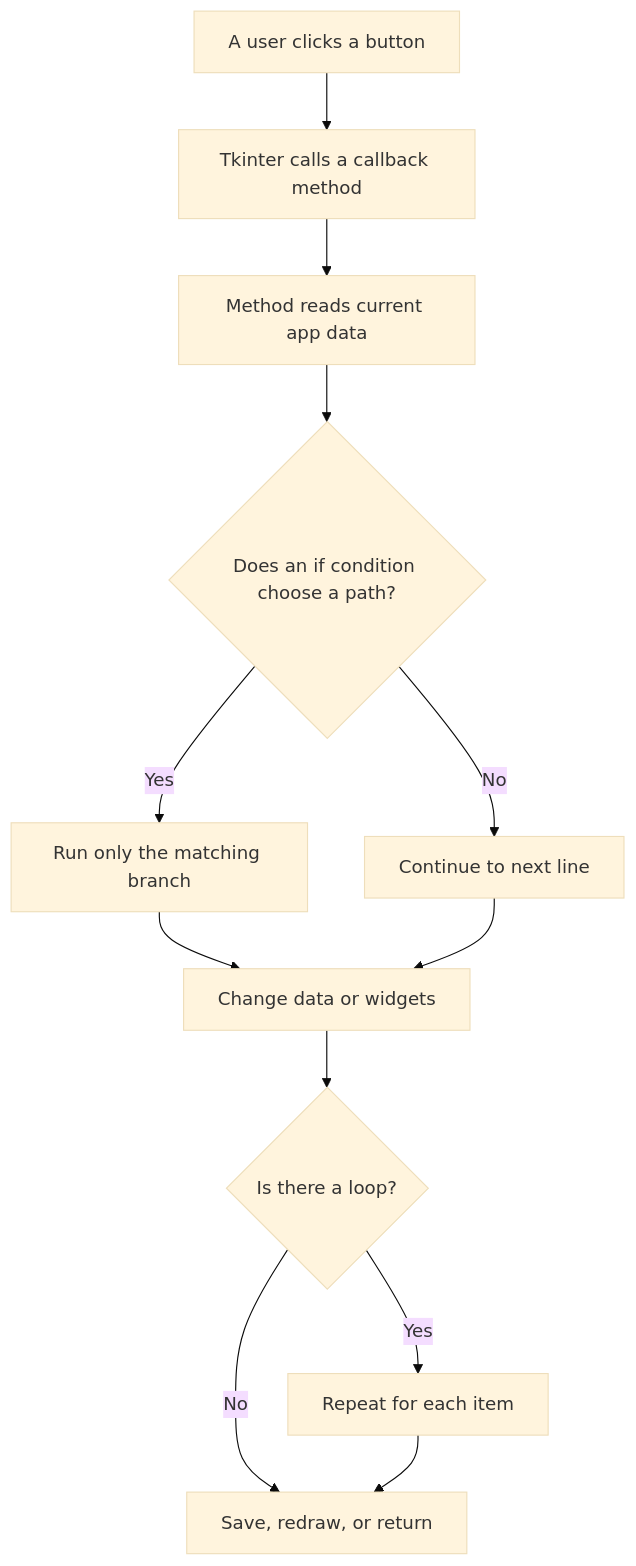
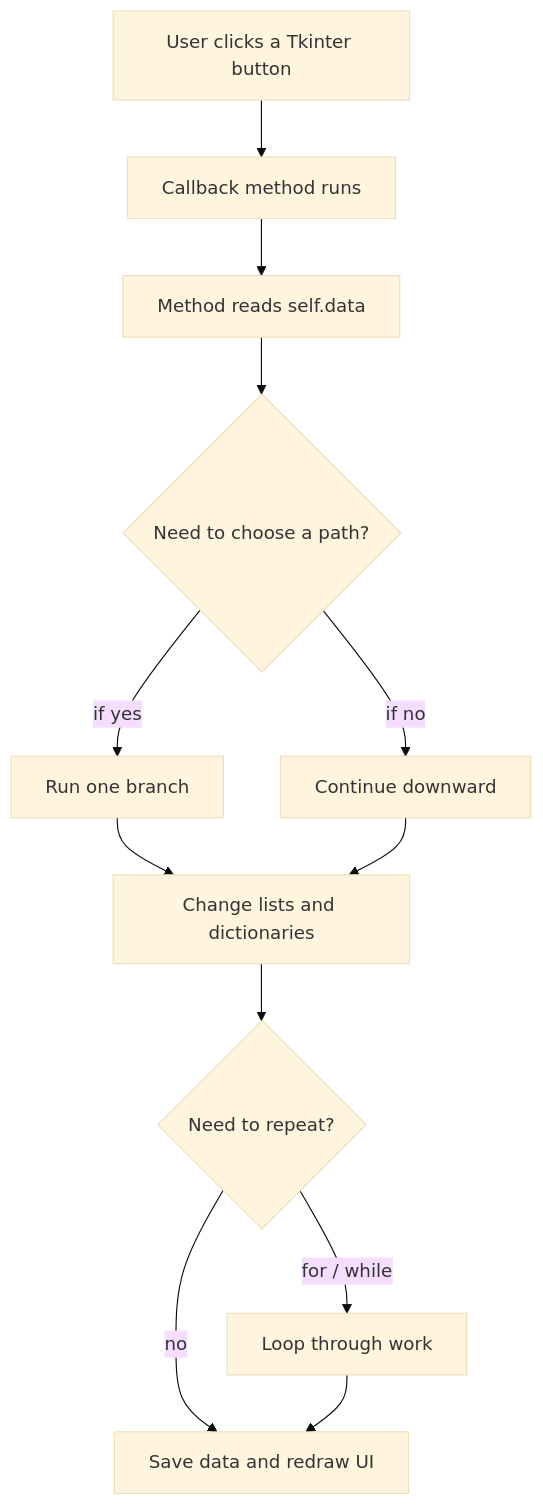
The first of 25 diagrams in docs/beginner-guide/01-beginners.md (nimbold/LifeXP), drawn with Mermaid (base theme) before and after one commit. The commit also changed other lines of this file, not shown here.

````diff
--- a/docs/beginner-guide/01-beginners.md
+++ b/docs/beginner-guide/01-beginners.md
@@ -46,14 +32,14 @@
 ```mermaid
 flowchart TD
-    A["A user clicks a button"] --> B["Tkinter calls a callback method"]
-    B --> C["Method reads current app data"]
-    C --> D{"Does an if condition choose a path?"}
-    D -->|Yes| E["Run only the matching branch"]
-    D -->|No| F["Continue to next line"]
-    E --> G["Change data or widgets"]
+    A["User clicks a Tkinter button"] --> B["Callback method runs"]
+    B --> C["Method reads self.data"]
+    C --> D{"Need to choose a path?"}
+    D -->|if yes| E["Run one branch"]
+    D -->|if no| F["Continue downward"]
+    E --> G["Change lists and dictionaries"]
     F --> G
-    G --> H{"Is there a loop?"}
-    H -->|Yes| I["Repeat for each item"]
-    H -->|No| J["Save, redraw, or return"]
+    G --> H{"Need to repeat?"}
+    H -->|for / while| I["Loop through work"]
+    H -->|no| J["Save data and redraw UI"]
     I --> J
 ```
````
